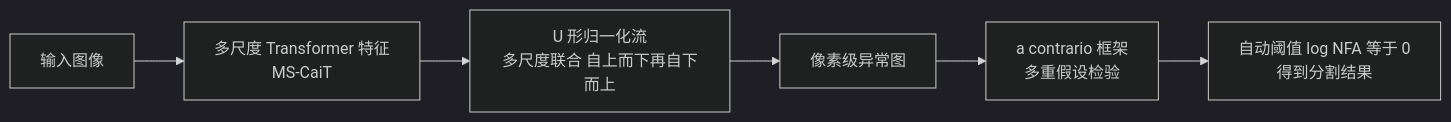
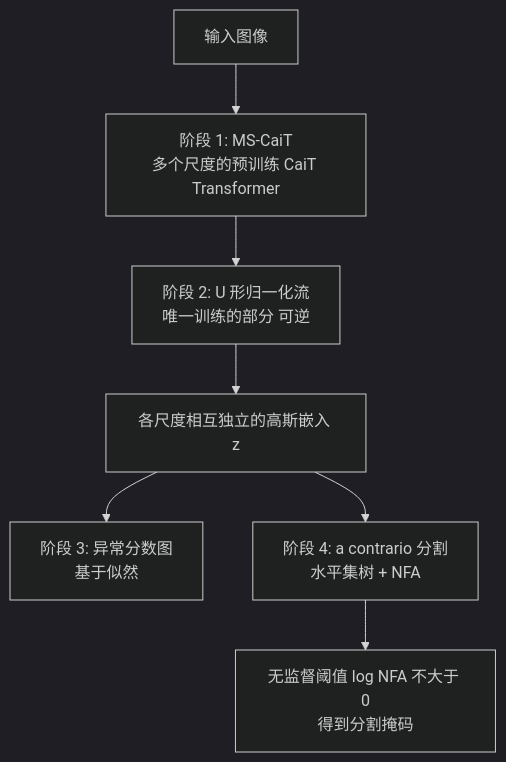
The diagram in docs/0738_paper_UFlow.md (junxnone/aiwiki), drawn with Mermaid (dark theme) before and after one commit. The commit also changed other lines of this file and 1 other file, not shown here.

````diff
--- a/docs/0738_paper_UFlow.md
+++ b/docs/0738_paper_UFlow.md
@@ -21,8 +20,9 @@
 ```mermaid
-graph LR
-    X["输入图像"] --> E["多尺度 Transformer 特征<br/>MS-CaiT"]
-    E --> U["U 形归一化流<br/>多尺度联合 自上而下再自下而上"]
-    U --> M["像素级异常图"]
-    M --> T["a contrario 框架<br/>多重假设检验"]
-    T --> S["自动阈值 log NFA 等于 0<br/>得到分割结果"]
+graph TD
+    X["输入图像"] --> E["阶段 1: MS-CaiT<br/>多个尺度的预训练 CaiT Transformer"]
+    E --> U["阶段 2: U 形归一化流<br/>唯一训练的部分 可逆"]
+    U --> Z["各尺度相互独立的高斯嵌入 z"]
+    Z --> A["阶段 3: 异常分数图<br/>基于似然"]
+    Z --> N["阶段 4: a contrario 分割<br/>水平集树 + NFA"]
+    N --> S["无监督阈值 log NFA 不大于 0<br/>得到分割掩码"]
 ```
````
